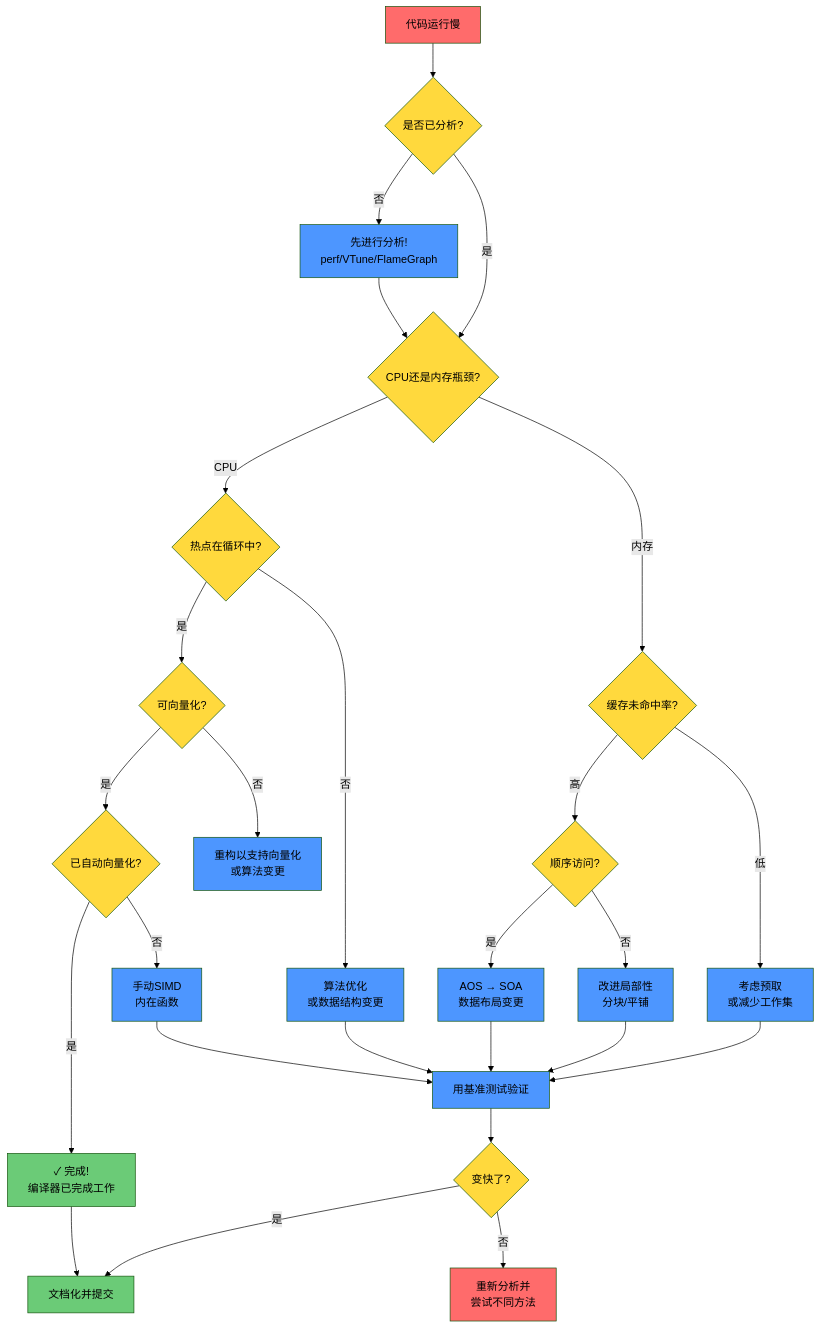
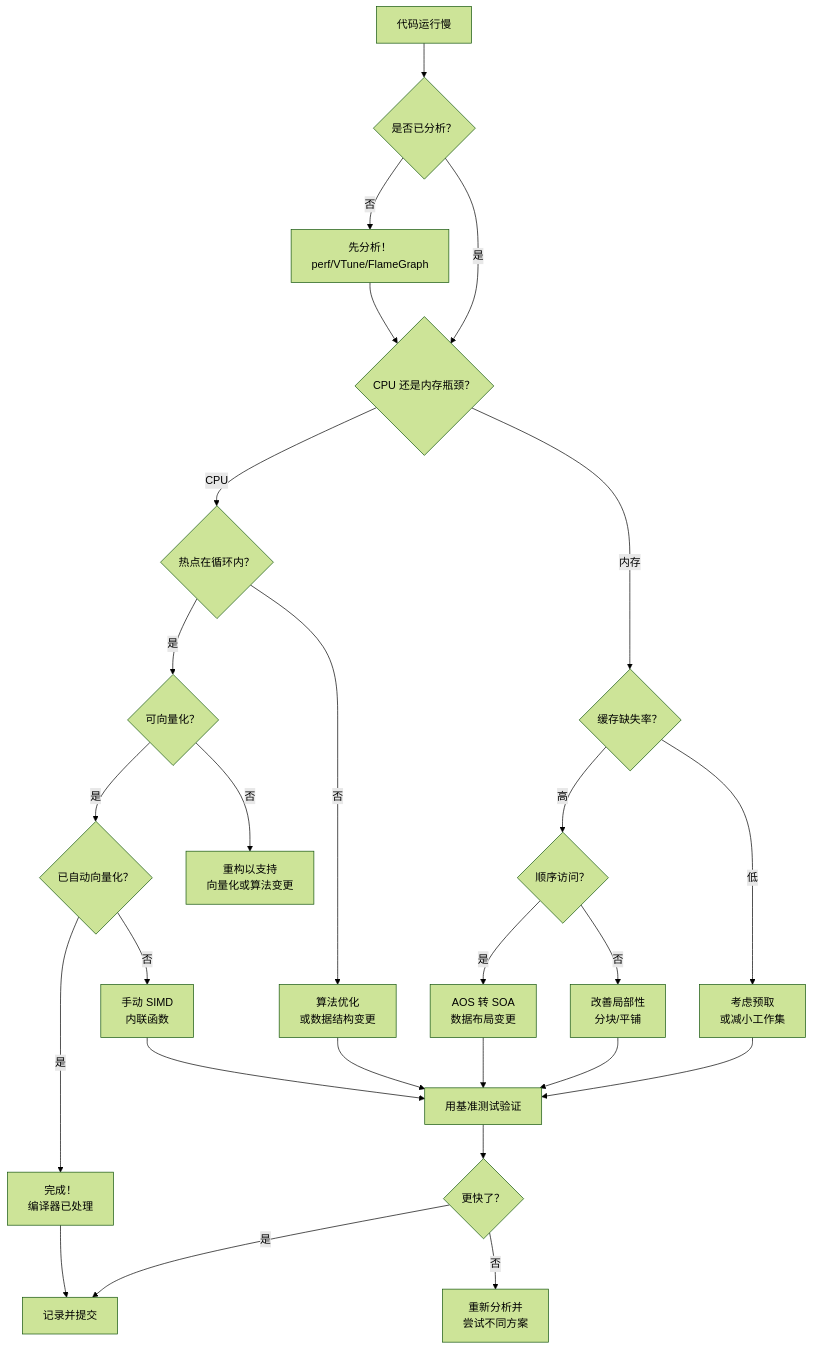
The first of 5 diagrams in docs/zh/guides/optimization-decision-tree.md (LessUp/cpp-high-performance-guide), drawn with Mermaid (forest theme) before and after one commit. The commit also changed other lines of this file and 21 other files, not shown here.

````diff
--- a/docs/zh/guides/optimization-decision-tree.md
+++ b/docs/zh/guides/optimization-decision-tree.md
@@ -24,57 +26,36 @@
 ```mermaid
 flowchart TD
-    A[代码运行慢] --> B{是否已分析?}
-    B -->|否| C[先进行分析!<br/>perf/VTune/FlameGraph]
-    B -->|是| D{CPU还是内存瓶颈?}
-    
-    D -->|CPU| E{热点在循环中?}
-    D -->|内存| F{缓存未命中率?}
-    
-    E -->|是| G{可向量化?}
-    E -->|否| H[算法优化<br/>或数据结构变更]
-    
-    G -->|是| I{已自动向量化?}
-    G -->|否| J[重构以支持向量化<br/>或算法变更]
-    
-    I -->|是| K[✓ 完成!<br/>编译器已完成工作]
-    I -->|否| L[手动SIMD<br/>内在函数]
-    
-    F -->|高| M{顺序访问?}
-    F -->|低| N[考虑预取<br/>或减少工作集]
-    
-    M -->|是| O[AOS → SOA<br/>数据布局变更]
-    M -->|否| P[改进局部性<br/>分块/平铺]
-    
-    L --> Q[用基准测试验证]
+    A[代码运行慢]:::start --> B{是否已分析？}:::decision
+    B -->|否| C[先分析！<br/>perf/VTune/FlameGraph]:::action
+    B -->|是| D{CPU 还是内存瓶颈？}:::decision
+
+    D -->|CPU| E{热点在循环内？}:::decision
+    D -->|内存| F{缓存缺失率？}:::decision
+
+    E -->|是| G{可向量化？}:::decision
+    E -->|否| H[算法优化<br/>或数据结构变更]:::action
+
+    G -->|是| I{已自动向量化？}:::decision
+    G -->|否| J[重构以支持<br/>向量化或算法变更]:::action
+
+    I -->|是| K[完成！<br/>编译器已处理]:::complete
+    I -->|否| L[手动 SIMD<br/>内联函数]:::action
+
+    F -->|高| M{顺序访问？}:::decision
+    F -->|低| N[考虑预取<br/>或减小工作集]:::action
+
+    M -->|是| O[AOS 转 SOA<br/>数据布局变更]:::action
+    M -->|否| P[改善局部性<br/>分块/平铺]:::action
+
+    L --> Q[用基准测试验证]:::action
     O --> Q
     P --> Q
     N --> Q
-    K --> R[文档化并提交]
+    K --> R[记录并提交]:::complete
     H --> Q
-    Q --> S{变快了?}
+    Q --> S{更快了？}:::decision
     S -->|是| R
-    S -->|否| T[重新分析并<br/>尝试不同方法]
-    
+    S -->|否| T[重新分析并<br/>尝试不同方案]:::problem
+
     C --> D
-    
-    style A fill:#ff6b6b
-    style B fill:#ffd93d
-    style D fill:#ffd93d
-    style E fill:#ffd93d
-    style F fill:#ffd93d
-    style G fill:#ffd93d
-    style I fill:#ffd93d
-    style M fill:#ffd93d
-    style S fill:#ffd93d
-    style K fill:#6bcb77
-    style R fill:#6bcb77
-    style C fill:#4d96ff
-    style H fill:#4d96ff
-    style J fill:#4d96ff
-    style L fill:#4d96ff
-    style N fill:#4d96ff
-    style O fill:#4d96ff
-    style P fill:#4d96ff
-    style Q fill:#4d96ff
-    style T fill:#ff6b6b
 ```
````
